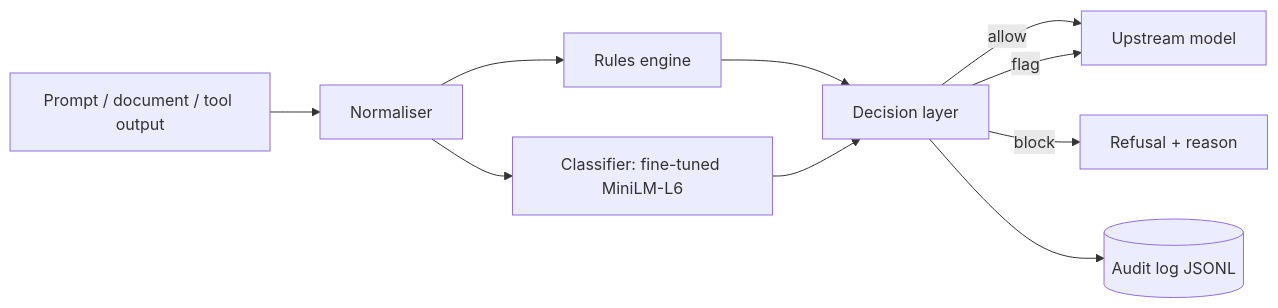
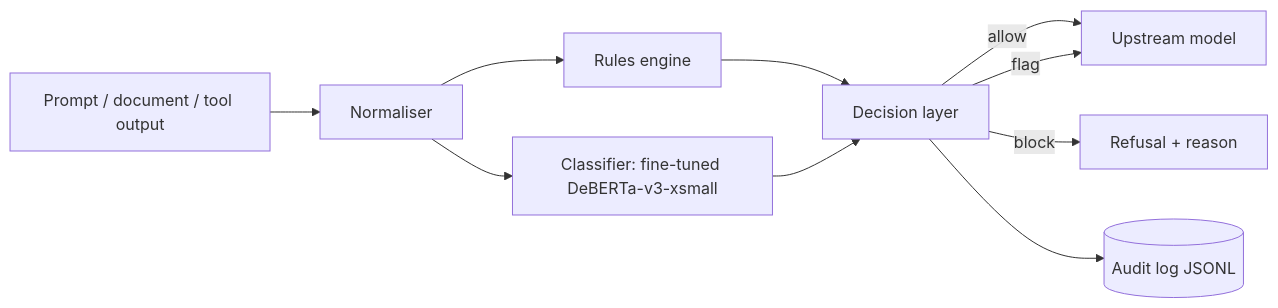
The diagram in README.md (Aditya2616/Sentinel), drawn with Mermaid before and after one commit. The commit also changed other lines of this file and 31 other files, not shown here.

````diff
--- a/README.md
+++ b/README.md
@@ -17,12 +17,12 @@
 ```mermaid
 flowchart LR
   P[Prompt / document / tool output] --> N[Normaliser]
   N --> R[Rules engine]
-  N --> C[Classifier: fine-tuned MiniLM-L6]
+  N --> C[Classifier: fine-tuned DeBERTa-v3-xsmall]
   R --> D[Decision layer]
   C --> D
   D -->|allow| U[Upstream model]
   D -->|flag| U
   D -->|block| X[Refusal + reason]
   D --> L[(Audit log JSONL)]
 ```
````
